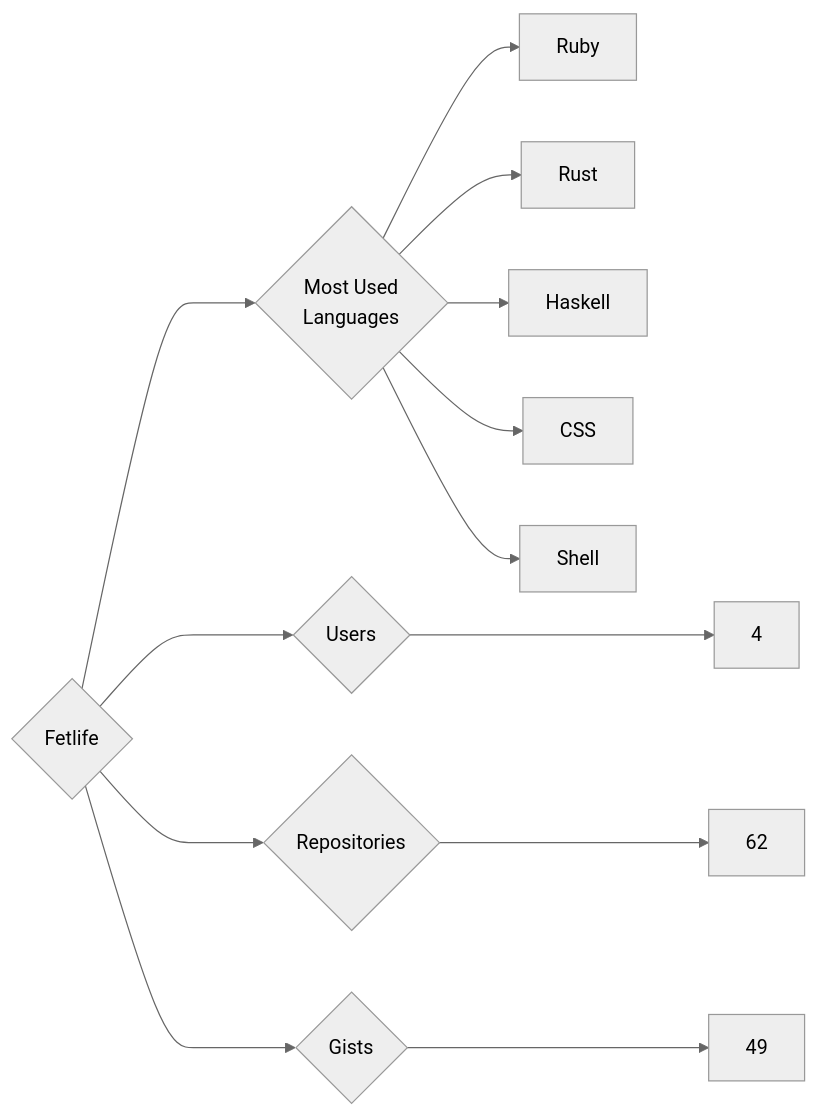
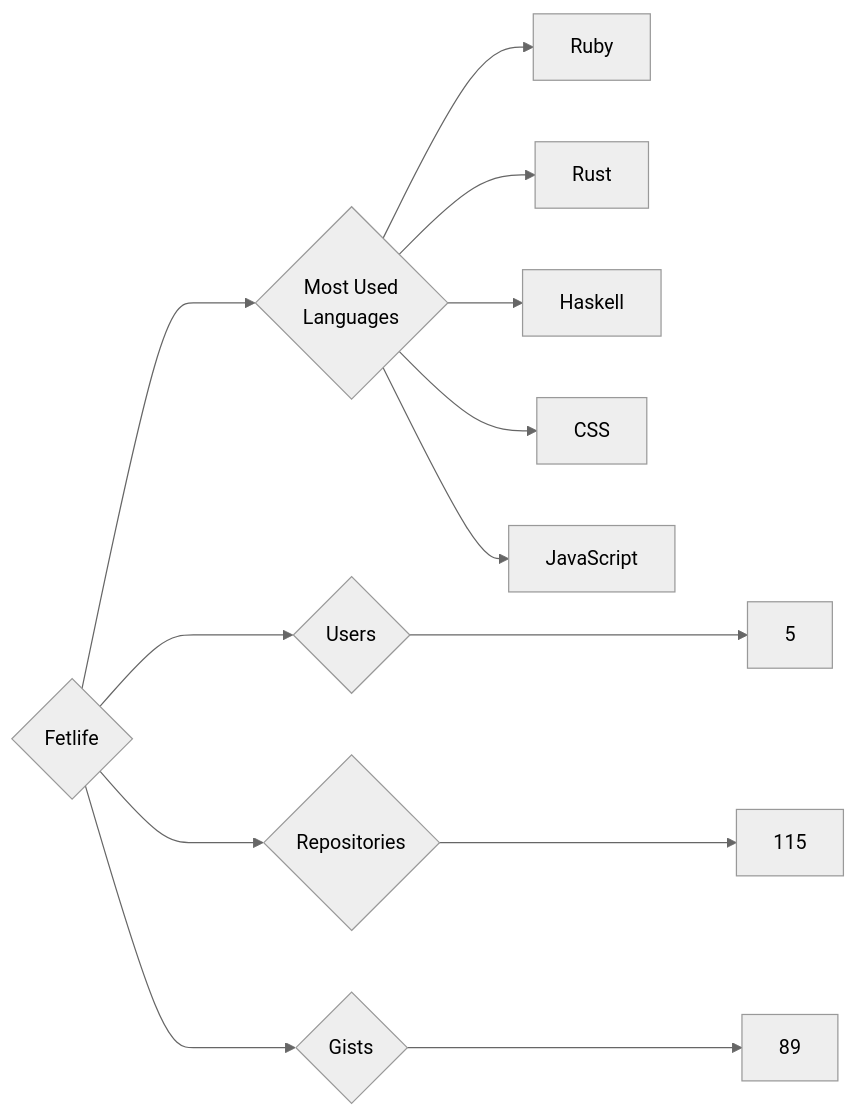
The diagram in targets/Fetlife/README.md (trickest/insiders), drawn with Mermaid (neutral theme) before and after one commit. The commit also changed 782 other files, not shown here.

````diff
--- a/targets/Fetlife/README.md
+++ b/targets/Fetlife/README.md
@@ -3,13 +3,13 @@
 ```mermaid
 graph LR
 COMPANY_NAME{Fetlife}
-COMPANY_NAME ---> U{Users} ---> UN[4]
-COMPANY_NAME ---> R{Repositories} ---> RN[62]
-COMPANY_NAME ---> G{Gists} ---> GN[49]
+COMPANY_NAME ---> U{Users} ---> UN[5]
+COMPANY_NAME ---> R{Repositories} ---> RN[115]
+COMPANY_NAME ---> G{Gists} ---> GN[89]
 COMPANY_NAME ---> ML{Most Used<br>Languages}
 ML --> Ruby[Ruby]
 ML --> Rust[Rust]
 ML --> Haskell[Haskell]
 ML --> CSS[CSS]
-ML --> Shell[Shell]
+ML --> JavaScript[JavaScript]
 ```
````
